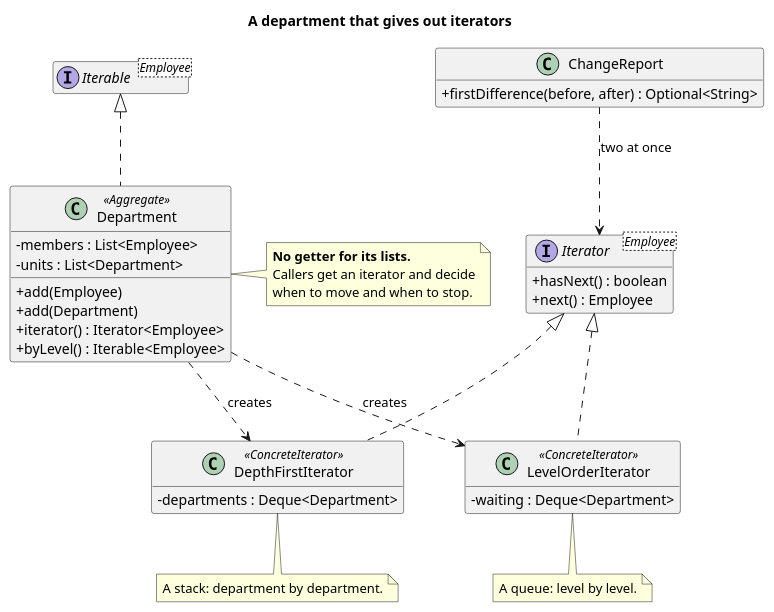
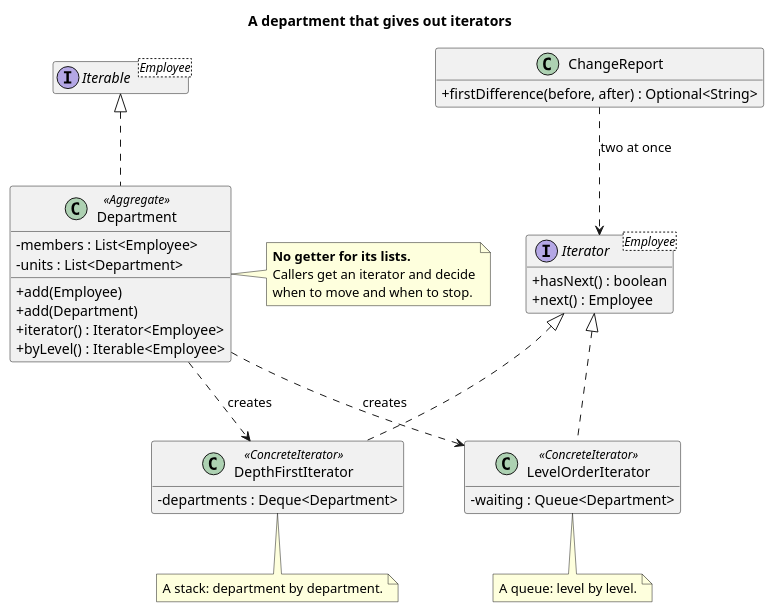
Before and after one commit to kaldiroglu/DesignPatternsWithJava: the diagram in src/main/java/dev/kaldiroglu/dp/behavioral/iterator/orgchart/uml/Iterator - Org Chart (Solution) - Class Diagram.puml, drawn with PlantUML. The commit also changed 2 other files, not shown here.

Commit message:
Iterator orgchart: the class diagram shows LevelOrderIterator's waiting line as a Queue

```diff
--- a/src/main/java/dev/kaldiroglu/dp/behavioral/iterator/orgchart/uml/Iterator - Org Chart (Solution) - Class Diagram.puml
+++ b/src/main/java/dev/kaldiroglu/dp/behavioral/iterator/orgchart/uml/Iterator - Org Chart (Solution) - Class Diagram.puml
@@ -1,47 +1,47 @@
 @startuml "Iterator - Org Chart (Solution) - Class Diagram"
 skinparam classAttributeIconSize 0
 hide empty members
 title A department that gives out iterators
 
 interface "Iterable<Employee>" as Iterable
 interface "Iterator<Employee>" as Iterator {
   + hasNext() : boolean
   + next() : Employee
 }
 class Department <<Aggregate>> {
   - members : List<Employee>
   - units : List<Department>
   + add(Employee)
   + add(Department)
   + iterator() : Iterator<Employee>
   + byLevel() : Iterable<Employee>
 }
 class DepthFirstIterator <<ConcreteIterator>> {
   - departments : Deque<Department>
 }
 class LevelOrderIterator <<ConcreteIterator>> {
-  - waiting : Deque<Department>
+  - waiting : Queue<Department>
 }
 class ChangeReport {
   + firstDifference(before, after) : Optional<String>
 }
 
 Iterable <|.. Department
 Iterator <|.. DepthFirstIterator
 Iterator <|.. LevelOrderIterator
 Department ..> DepthFirstIterator : creates
 Department ..> LevelOrderIterator : creates
 ChangeReport ..> Iterator : two at once
 
 note right of Department
   <b>No getter for its lists.</b>
   Callers get an iterator and decide
   when to move and when to stop.
 end note
 note bottom of DepthFirstIterator
   A stack: department by department.
 end note
 note bottom of LevelOrderIterator
   A queue: level by level.
 end note
 @enduml
```
